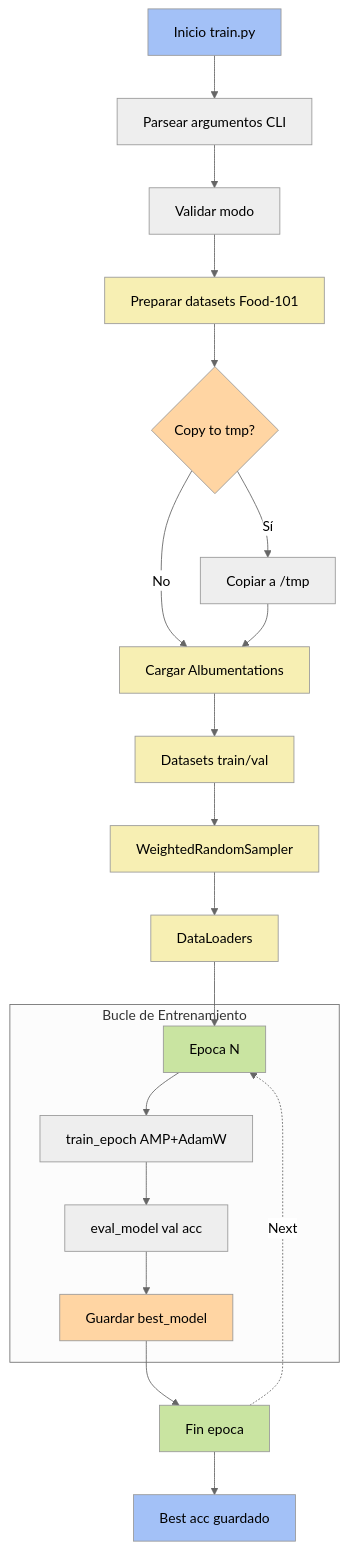
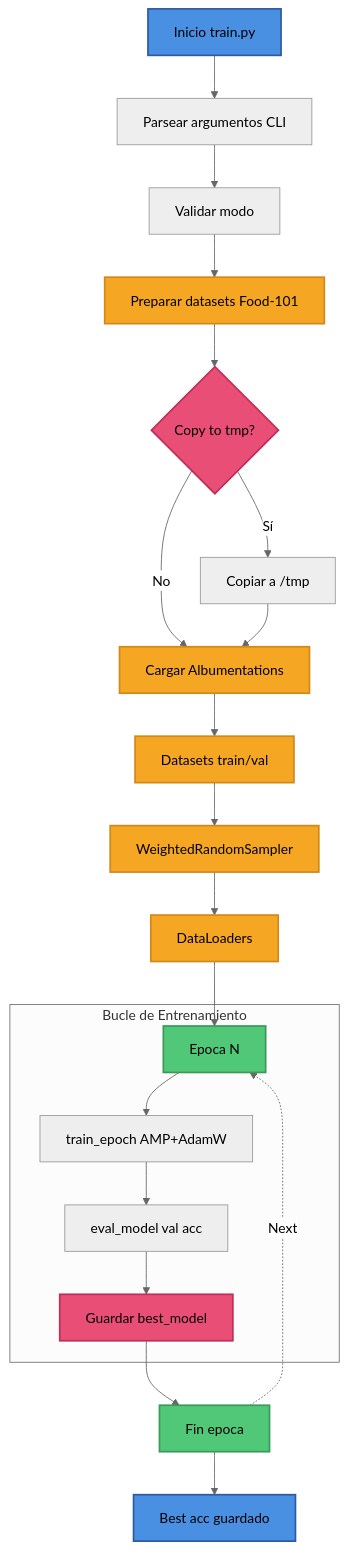
Before and after one commit to GerardoBlazquez/analizador_computer_vision_calorias: the second of 2 diagrams in README.md, drawn with Mermaid (neutral theme).

````diff
--- a/README.md
+++ b/README.md
@@ -274,46 +274,46 @@
 ```mermaid
 flowchart TD
     INICIO["Inicio train.py"]
     PARSE_ARGS["Parsear argumentos CLI"]
     CHECK_MODE["Validar modo"]
     PREPARE_DATA["Preparar datasets Food-101"]
     COPY_TMP{"Copy to tmp?"}
     
     INICIO --> PARSE_ARGS
     PARSE_ARGS --> CHECK_MODE
     CHECK_MODE --> PREPARE_DATA
     
     PREPARE_DATA --> COPY_TMP
     COPY_TMP -->|Sí| COPY_DONE["Copiar a /tmp"]
     COPY_TMP -->|No| LOAD_TRANSFORMS["Cargar Albumentations"]
     COPY_DONE --> LOAD_TRANSFORMS
     
     LOAD_TRANSFORMS --> CREATE_DATASETS["Datasets train/val"]
     CREATE_DATASETS --> COMPUTE_WEIGHTS["WeightedRandomSampler"]
     COMPUTE_WEIGHTS --> CREATE_DATALOADERS["DataLoaders"]
 
     subgraph TRAINING_LOOP["Bucle de Entrenamiento"]
         EPOCH_START["Epoca N"]
         TRAIN_EPOCH["train_epoch AMP+AdamW"]
         EVAL_VAL["eval_model val acc"]
         SAVE_CHECKPOINT["Guardar best_model"]
     end
 
     CREATE_DATALOADERS --> EPOCH_START
     EPOCH_START --> TRAIN_EPOCH
     TRAIN_EPOCH --> EVAL_VAL
     EVAL_VAL --> SAVE_CHECKPOINT
     SAVE_CHECKPOINT --> EPOCH_FIN["Fin epoca"]
     EPOCH_FIN -.->|Next| EPOCH_START
     EPOCH_FIN --> END_TRAINING["Best acc guardado"]
 
-    classDef inicio fill:#a3c1f7
-    classDef proceso fill:#f7efb3
-    classDef decision fill:#ffd5a3
-    classDef loop fill:#c9e4a1
+    classDef inicio fill:#4a90e2,stroke:#2e5b9f,stroke-width:2px
+    classDef proceso fill:#f5a623,stroke:#d18a1a,stroke-width:2px  
+    classDef decision fill:#e94e77,stroke:#c12e57,stroke-width:2px
+    classDef loop fill:#50c878,stroke:#3a9a5a,stroke-width:2px
 
     class INICIO,END_TRAINING inicio
     class PREPARE_DATA,LOAD_TRANSFORMS,CREATE_DATASETS,COMPUTE_WEIGHTS,CREATE_DATALOADERS proceso
     class COPY_TMP,SAVE_CHECKPOINT decision
     class EPOCH_START,EPOCH_FIN loop
 ```
````
